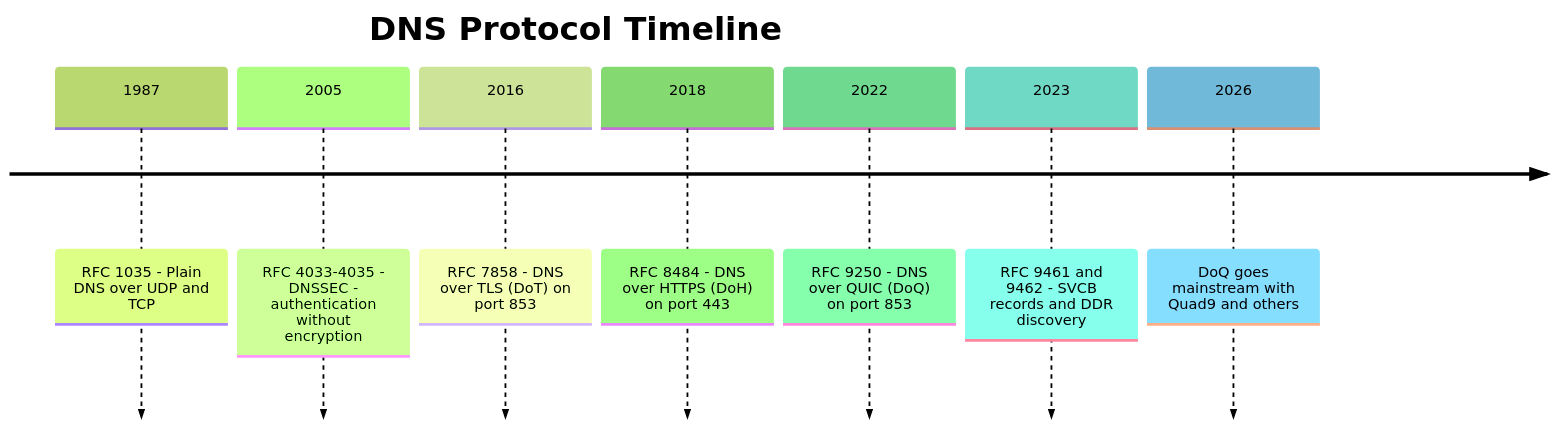
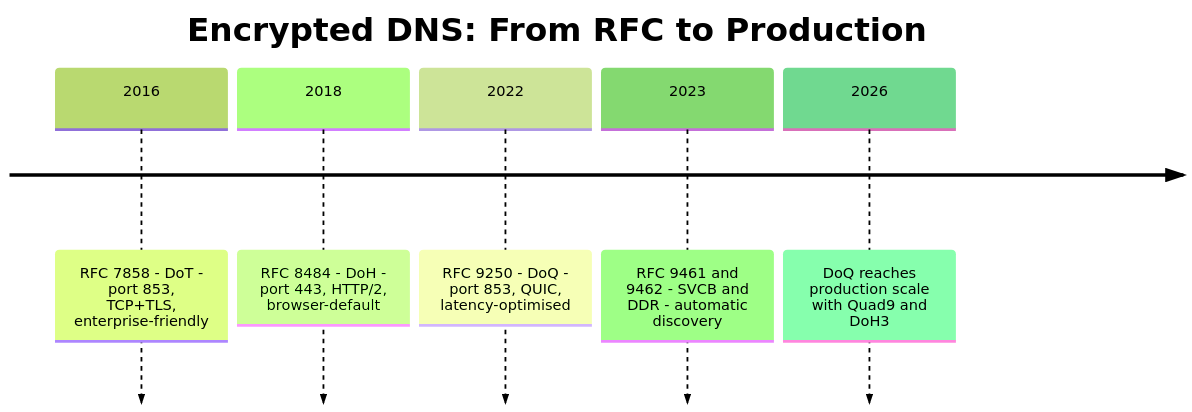
One commit to simonpainter/www.simonpainter.com changed the third of 4 diagrams in blog/dns-dot-doh-doq.md. Above: the diagram before and after it, drawn with Mermaid (forest theme). The commit also changed other lines of this file, not shown here.

First line of the commit message:
Rewrite DNS post: focus on DoQ, QUIC, and DNSSEC vs encryption

````diff
--- a/blog/dns-dot-doh-doq.md
+++ b/blog/dns-dot-doh-doq.md
@@ -191,11 +97,9 @@
 ```mermaid
 timeline
-    title DNS Protocol Timeline
-    1987 : RFC 1035 - Plain DNS over UDP and TCP
-    2005 : RFC 4033-4035 - DNSSEC - authentication without encryption
-    2016 : RFC 7858 - DNS over TLS (DoT) on port 853
-    2018 : RFC 8484 - DNS over HTTPS (DoH) on port 443
-    2022 : RFC 9250 - DNS over QUIC (DoQ) on port 853
-    2023 : RFC 9461 and 9462 - SVCB records and DDR discovery
-    2026 : DoQ goes mainstream with Quad9 and others
+    title Encrypted DNS: From RFC to Production
+    2016 : RFC 7858 - DoT - port 853, TCP+TLS, enterprise-friendly
+    2018 : RFC 8484 - DoH - port 443, HTTP/2, browser-default
+    2022 : RFC 9250 - DoQ - port 853, QUIC, latency-optimised
+    2023 : RFC 9461 and 9462 - SVCB and DDR - automatic discovery
+    2026 : DoQ reaches production scale with Quad9 and DoH3
 ```
````
